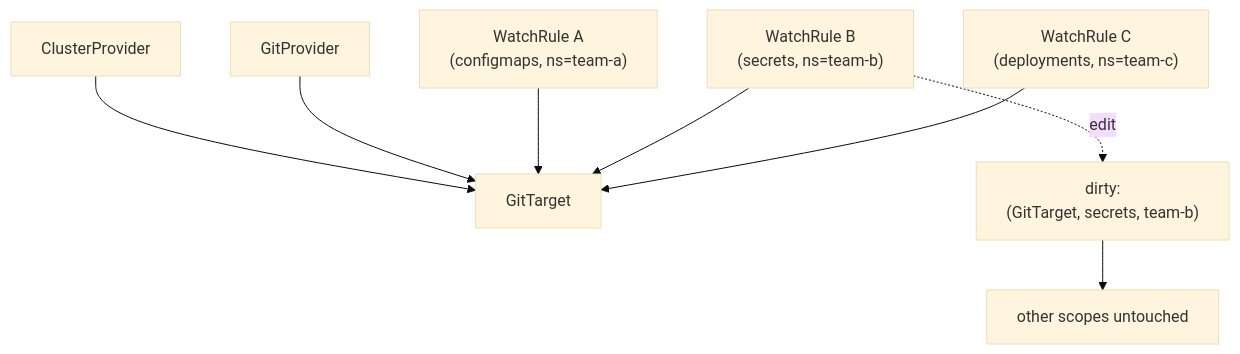
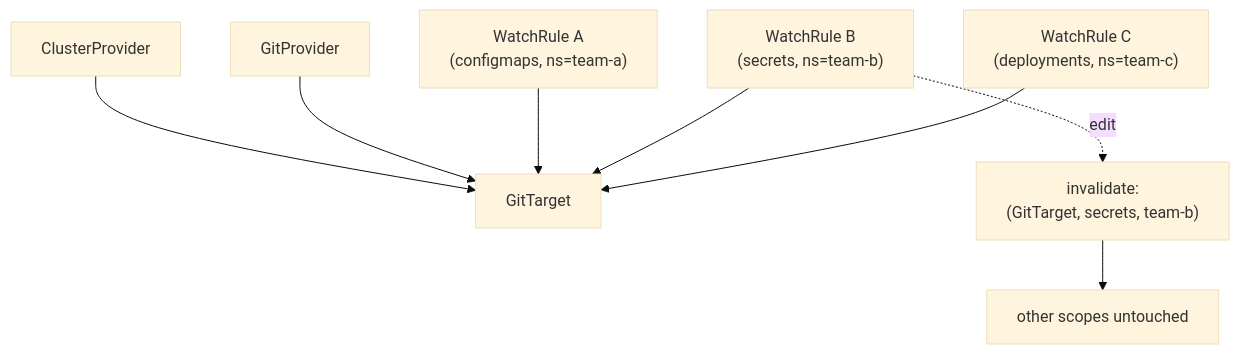
Before and after one commit to ConfigButler/gitops-reverser: the sixth of 6 diagrams in docs/design/data-plane-triggering.md, drawn with Mermaid (base theme). The commit also changed other lines of this file and 1 other file, not shown here.

````diff
--- a/docs/design/data-plane-triggering.md
+++ b/docs/design/data-plane-triggering.md
@@ -364,11 +364,11 @@
 ```mermaid
 flowchart TD
     CP["ClusterProvider"] --> GT["GitTarget"]
     GP["GitProvider"] --> GT
     WR1["WatchRule A<br/>(configmaps, ns=team-a)"] --> GT
     WR2["WatchRule B<br/>(secrets, ns=team-b)"] --> GT
     WR3["WatchRule C<br/>(deployments, ns=team-c)"] --> GT
 
-    WR2 -.->|"edit"| D["dirty:<br/>(GitTarget, secrets, team-b)"]
+    WR2 -.->|"edit"| D["invalidate:<br/>(GitTarget, secrets, team-b)"]
     D --> N["other scopes untouched"]
 ```
````
